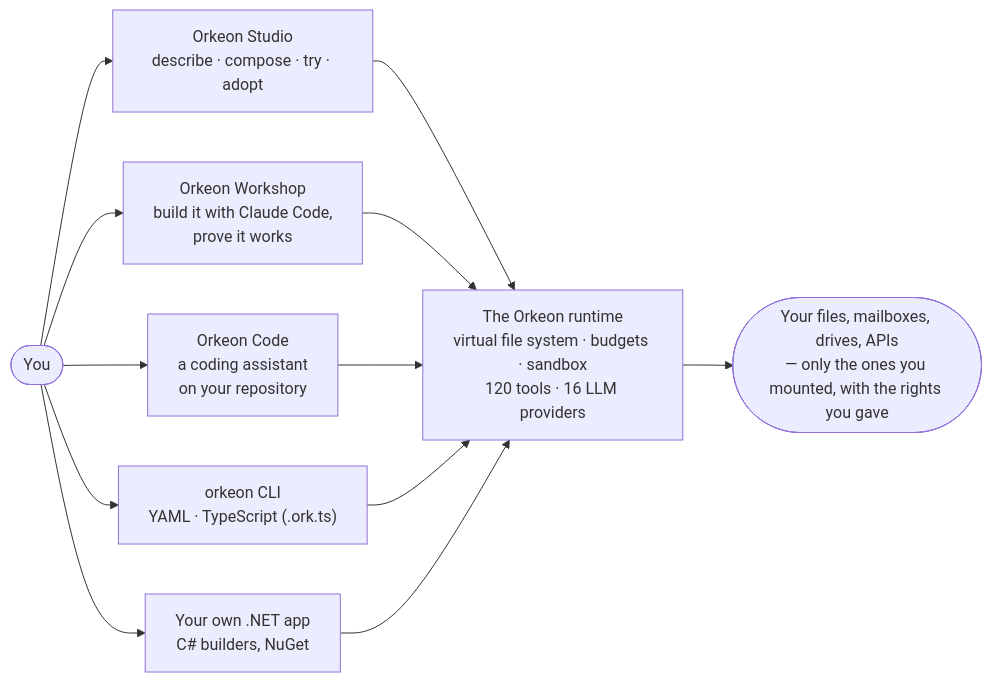
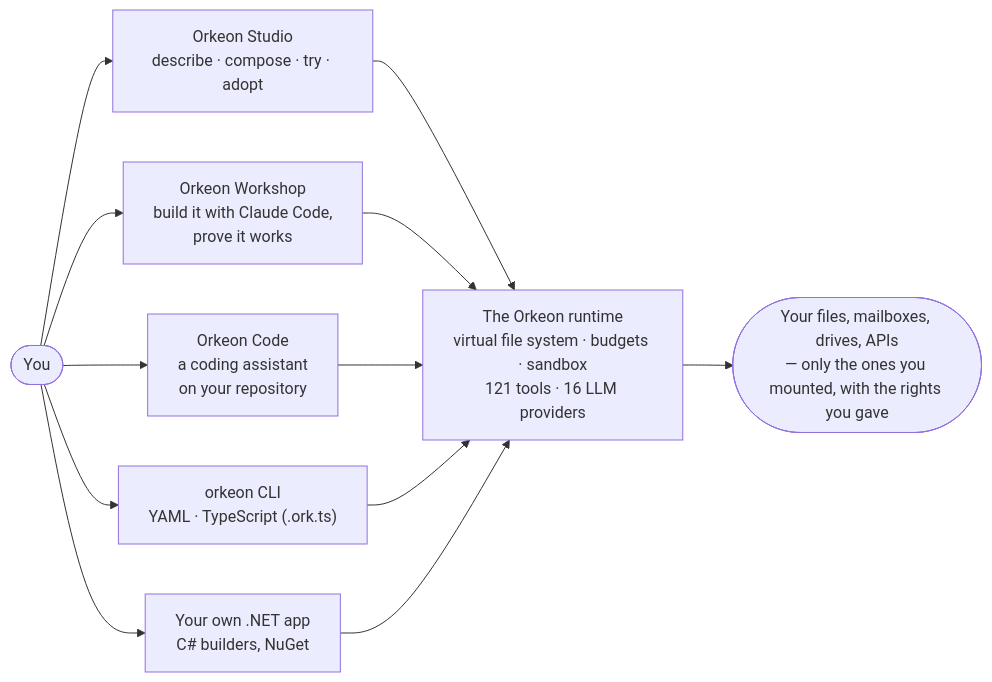
One commit to Orkeon/orkeon changed the diagram in README.md. Above: the diagram before and after it, drawn with Mermaid. The commit also changed other lines of this file and 158 other files, not shown here.

````diff
--- a/README.md
+++ b/README.md
@@ -30,10 +30,10 @@
 ```mermaid
 flowchart LR
     you(["You"]) --> studio["Orkeon Studio<br/>describe · compose · try · adopt"]
     you --> workshop["Orkeon Workshop<br/>build it with Claude Code,<br/>prove it works"]
     you --> code["Orkeon Code<br/>a coding assistant<br/>on your repository"]
     you --> cli["orkeon CLI<br/>YAML · TypeScript (.ork.ts)"]
     you --> app["Your own .NET app<br/>C# builders, NuGet"]
-    studio & workshop & code & cli & app --> runtime["The Orkeon runtime<br/>virtual file system · budgets · sandbox<br/>120 tools · 16 LLM providers"]
+    studio & workshop & code & cli & app --> runtime["The Orkeon runtime<br/>virtual file system · budgets · sandbox<br/>121 tools · 16 LLM providers"]
     runtime --> world(["Your files, mailboxes, drives, APIs<br/>— only the ones you mounted, with the rights you gave"])
 ```
````
